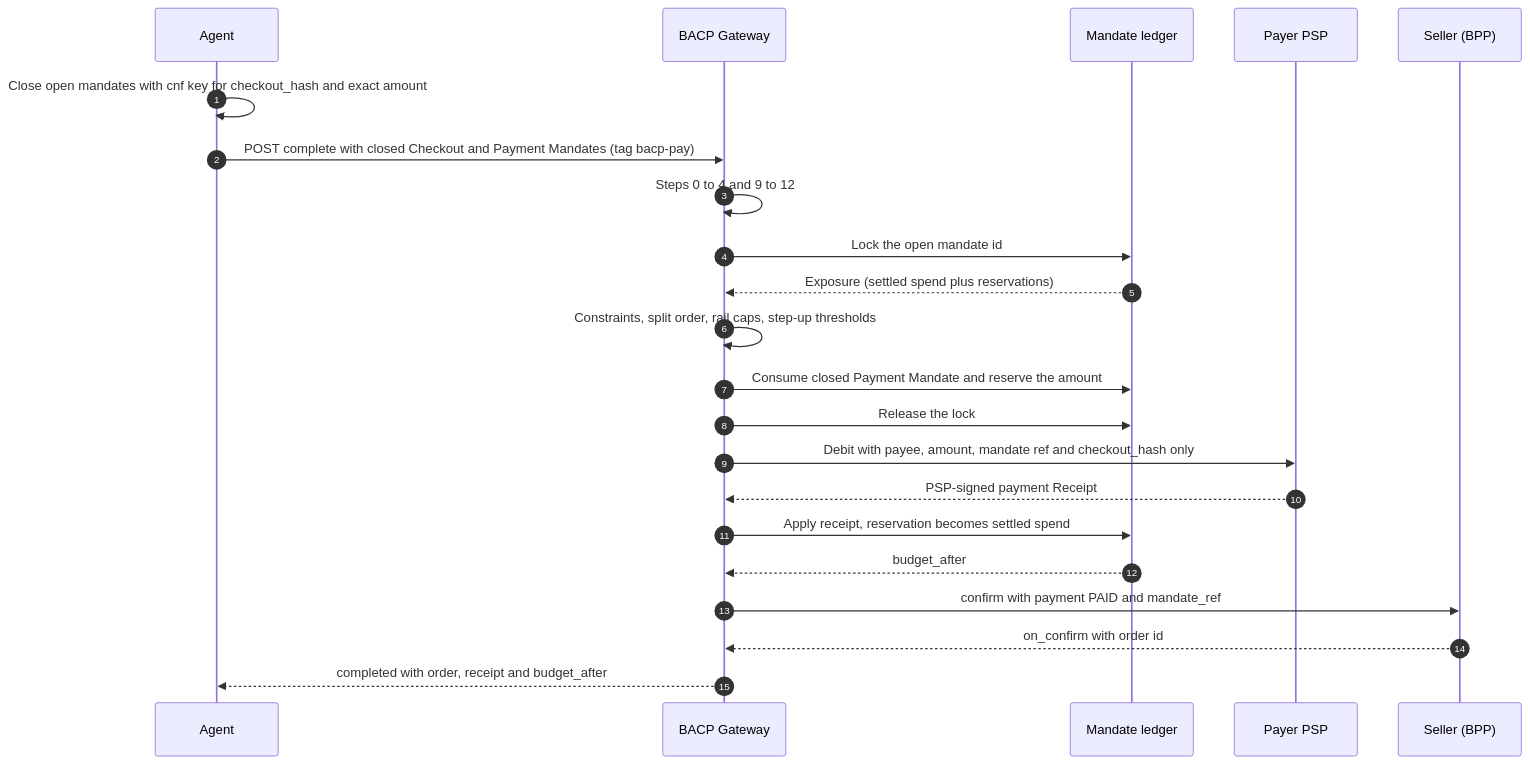
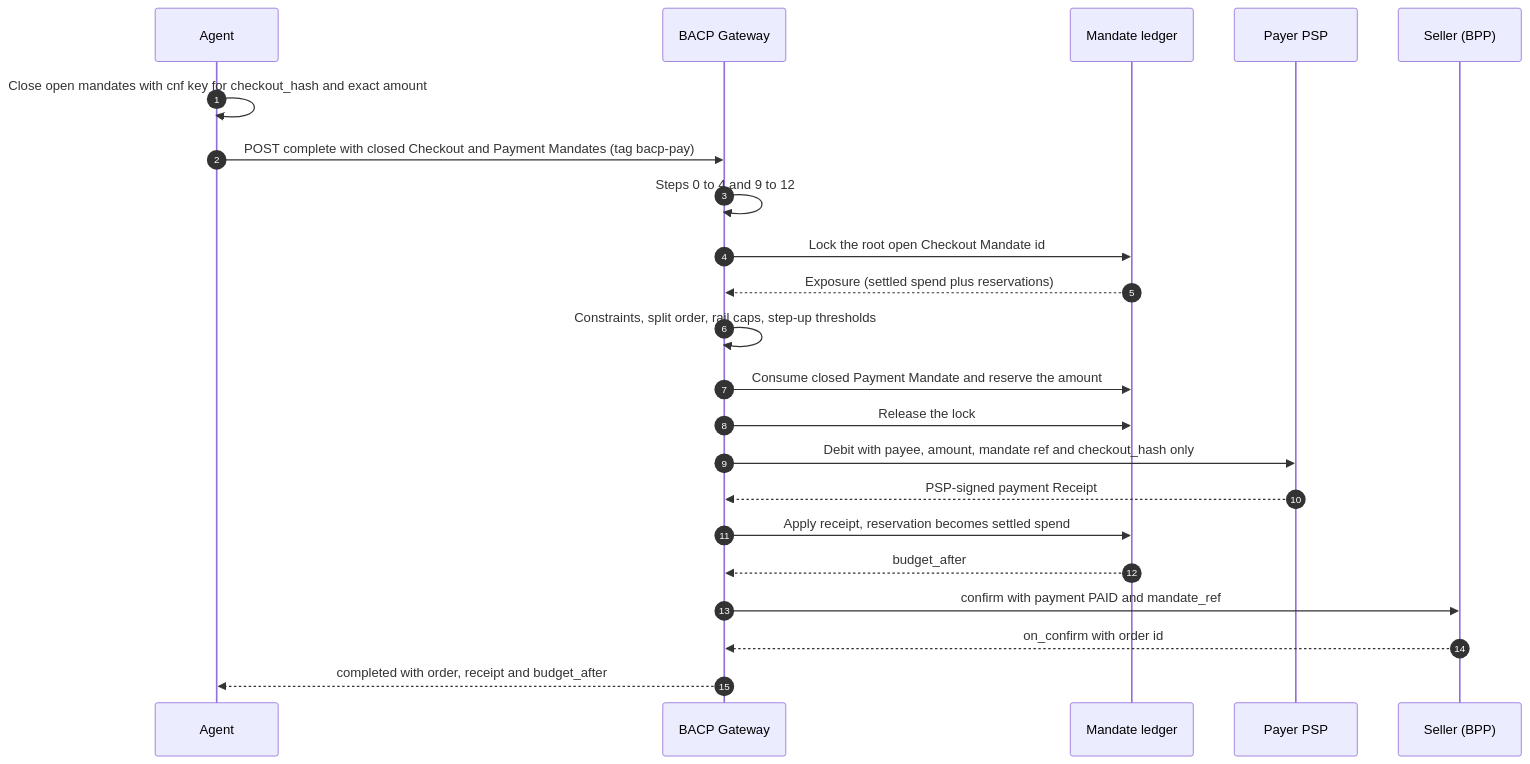
Before and after one commit to bacp-dev/bacp: the second of 3 diagrams in docs/specification/mandates.md, drawn with Mermaid. The commit also changed other lines of this file and 27 other files, not shown here.

````diff
--- a/docs/specification/mandates.md
+++ b/docs/specification/mandates.md
@@ -545,24 +654,24 @@
 ```mermaid
 sequenceDiagram
     autonumber
     participant A as Agent
     participant G as BACP Gateway
     participant L as Mandate ledger
     participant P as Payer PSP
     participant S as Seller (BPP)
     A->>A: Close open mandates with cnf key for checkout_hash and exact amount
     A->>G: POST complete with closed Checkout and Payment Mandates (tag bacp-pay)
     G->>G: Steps 0 to 4 and 9 to 12
-    G->>L: Lock the open mandate id
+    G->>L: Lock the root open Checkout Mandate id
     L-->>G: Exposure (settled spend plus reservations)
     G->>G: Constraints, split order, rail caps, step-up thresholds
     G->>L: Consume closed Payment Mandate and reserve the amount
     G->>L: Release the lock
     G->>P: Debit with payee, amount, mandate ref and checkout_hash only
     P-->>G: PSP-signed payment Receipt
     G->>L: Apply receipt, reservation becomes settled spend
     L-->>G: budget_after
     G->>S: confirm with payment PAID and mandate_ref
     S-->>G: on_confirm with order id
     G-->>A: completed with order, receipt and budget_after
 ```
````
